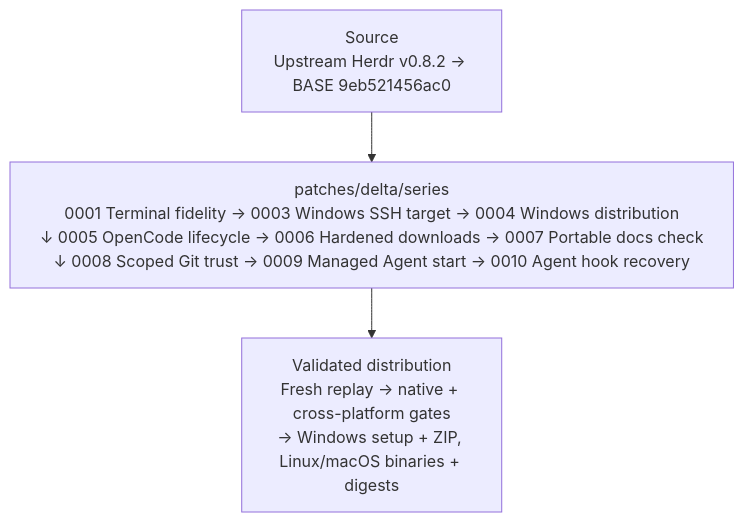
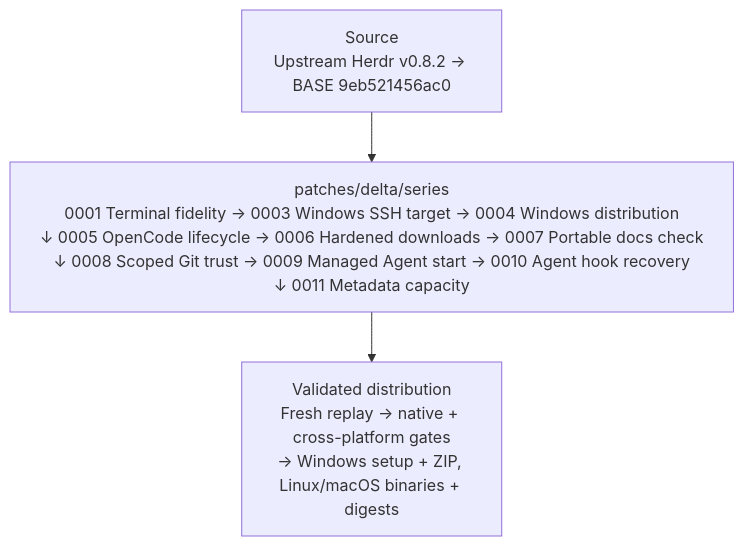
One commit to hdosys/herdr-win changed the diagram in docs/next/README.md. Above: the diagram before and after it, drawn with Mermaid. The commit also changed other lines of this file and 14 other files, not shown here.

Commit message:
feat(api): expand metadata token capacity

````diff
--- a/docs/next/README.md
+++ b/docs/next/README.md
@@ -76,7 +77,7 @@
 ```mermaid
 flowchart TB
     S["Source<br/>Upstream Herdr v0.8.2 → BASE 9eb521456ac0"]
-    Q["patches/delta/series<br/>0001&nbsp;Terminal&nbsp;fidelity&nbsp;→&nbsp;0003&nbsp;Windows&nbsp;SSH&nbsp;target&nbsp;→&nbsp;0004&nbsp;Windows&nbsp;distribution<br/>↓&nbsp;0005&nbsp;OpenCode&nbsp;lifecycle&nbsp;→&nbsp;0006&nbsp;Hardened&nbsp;downloads&nbsp;→&nbsp;0007&nbsp;Portable&nbsp;docs&nbsp;check<br/>↓&nbsp;0008&nbsp;Scoped&nbsp;Git&nbsp;trust&nbsp;→&nbsp;0009&nbsp;Managed&nbsp;Agent&nbsp;start&nbsp;→&nbsp;0010&nbsp;Agent&nbsp;hook&nbsp;recovery"]
+    Q["patches/delta/series<br/>0001&nbsp;Terminal&nbsp;fidelity&nbsp;→&nbsp;0003&nbsp;Windows&nbsp;SSH&nbsp;target&nbsp;→&nbsp;0004&nbsp;Windows&nbsp;distribution<br/>↓&nbsp;0005&nbsp;OpenCode&nbsp;lifecycle&nbsp;→&nbsp;0006&nbsp;Hardened&nbsp;downloads&nbsp;→&nbsp;0007&nbsp;Portable&nbsp;docs&nbsp;check<br/>↓&nbsp;0008&nbsp;Scoped&nbsp;Git&nbsp;trust&nbsp;→&nbsp;0009&nbsp;Managed&nbsp;Agent&nbsp;start&nbsp;→&nbsp;0010&nbsp;Agent&nbsp;hook&nbsp;recovery<br/>↓&nbsp;0011&nbsp;Metadata&nbsp;capacity"]
     V["Validated distribution<br/>Fresh replay → native + cross-platform gates<br/>→ Windows setup + ZIP, Linux/macOS binaries + digests"]
     S --> Q --> V
 ```
````
